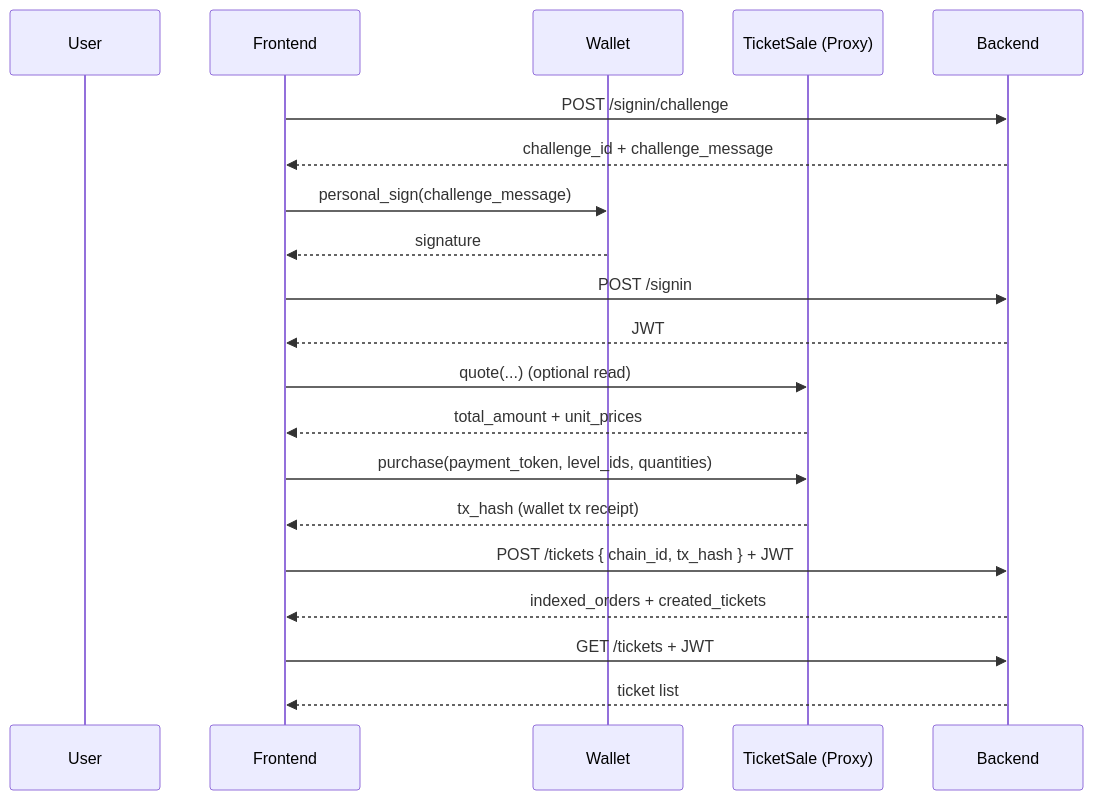
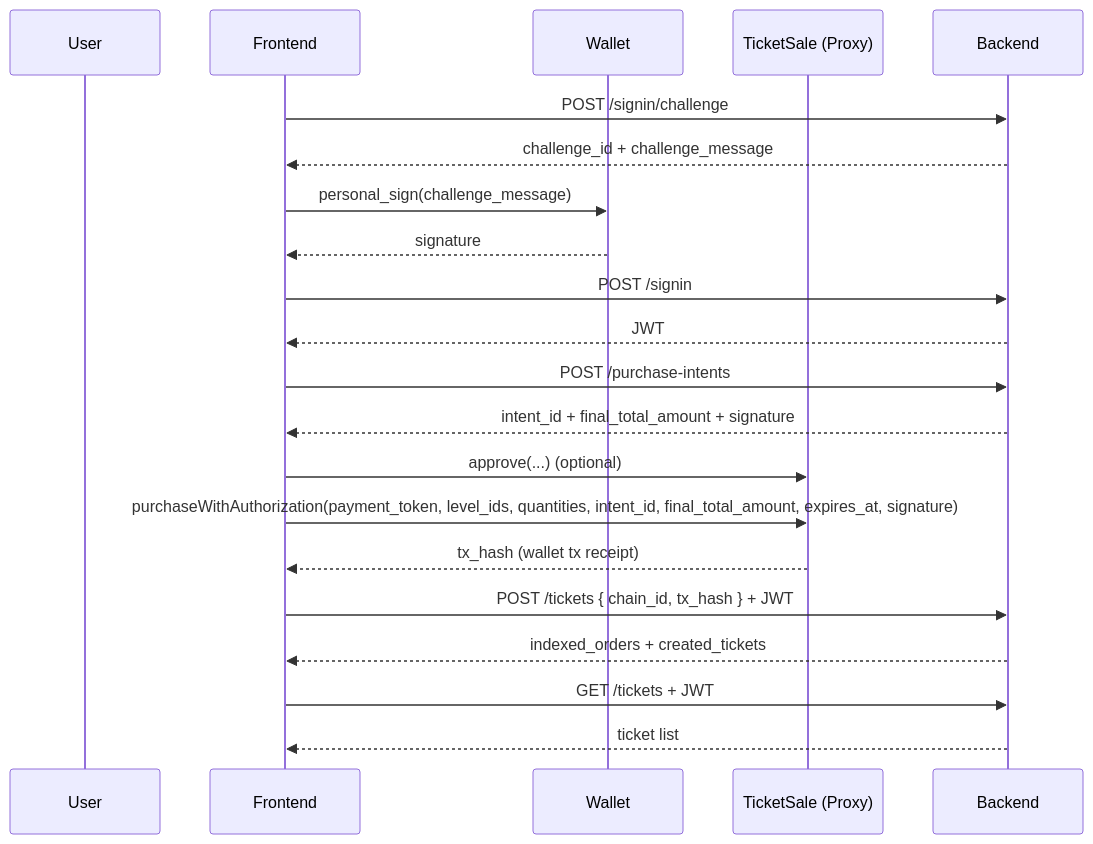
The diagram in backend/docs/frontend-integration-guide.md (jiaji-wei/money-frontier-be), drawn with Mermaid before and after one commit. The commit also changed other lines of this file and 40 other files, not shown here.

Commit message:
feat: add referral discount purchase flow

````diff
--- a/backend/docs/frontend-integration-guide.md
+++ b/backend/docs/frontend-integration-guide.md
@@ -45,25 +48,27 @@
 ```mermaid
 sequenceDiagram
     participant U as User
     participant FE as Frontend
     participant W as Wallet
     participant C as TicketSale (Proxy)
     participant BE as Backend
 
     FE->>BE: POST /signin/challenge
     BE-->>FE: challenge_id + challenge_message
     FE->>W: personal_sign(challenge_message)
     W-->>FE: signature
     FE->>BE: POST /signin
     BE-->>FE: JWT
 
-    FE->>C: quote(...) (optional read)
-    C-->>FE: total_amount + unit_prices
-    FE->>C: purchase(payment_token, level_ids, quantities)
+    FE->>BE: POST /purchase-intents
+    BE-->>FE: intent_id + final_total_amount + signature
+
+    FE->>C: approve(...) (optional)
+    FE->>C: purchaseWithAuthorization(payment_token, level_ids, quantities, intent_id, final_total_amount, expires_at, signature)
     C-->>FE: tx_hash (wallet tx receipt)
 
     FE->>BE: POST /tickets { chain_id, tx_hash } + JWT
     BE-->>FE: indexed_orders + created_tickets
     FE->>BE: GET /tickets + JWT
     BE-->>FE: ticket list
 ```
````
